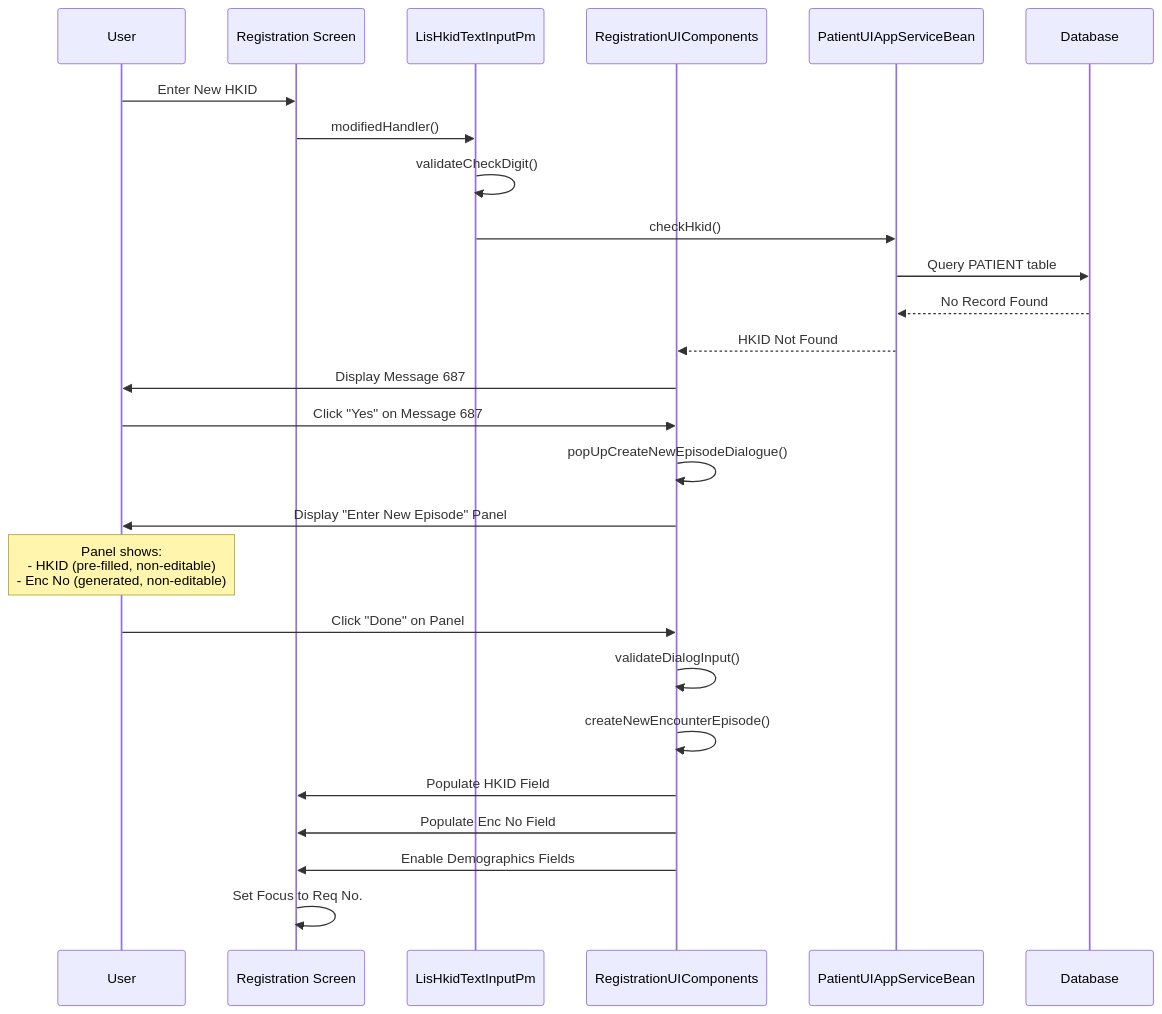
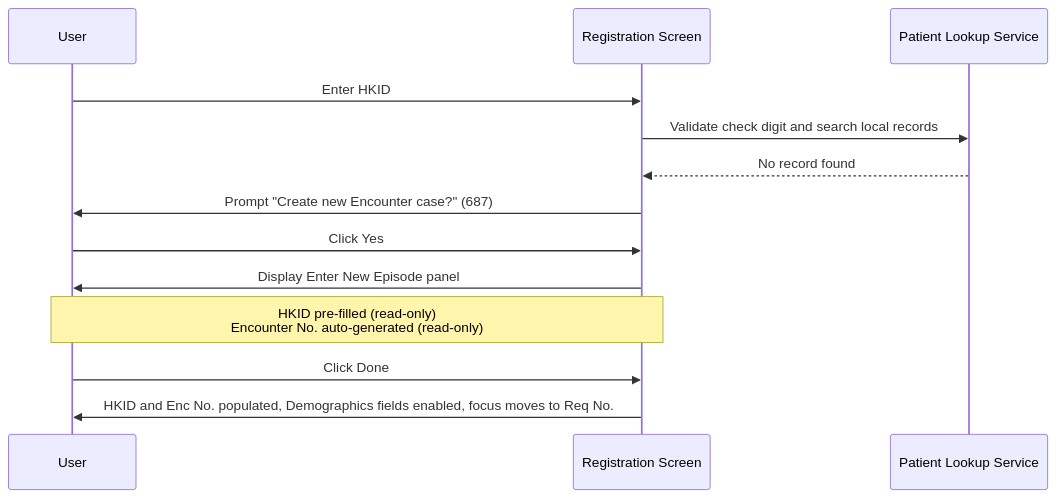
Before and after one commit to DragonChong/HA-Notes: the first of 4 diagrams in Knowledge Base/01_Screens/Registration/Workflows/Create New Patient by HKID.md, drawn with Mermaid. The commit also changed other lines of this file, not shown here.

````diff
--- a/Knowledge Base/01_Screens/Registration/Workflows/Create New Patient by HKID.md
+++ b/Knowledge Base/01_Screens/Registration/Workflows/Create New Patient by HKID.md
@@ -53,31 +51,12 @@
 ```mermaid
 sequenceDiagram
-    participant User
-    participant RegScreen as Registration Screen
-    participant HkidPm as LisHkidTextInputPm
-    participant RegUIComp as RegistrationUIComponents
-    participant Backend as PatientUIAppServiceBean
-    participant Database
-    
-    User->>RegScreen: Enter New HKID
-    RegScreen->>HkidPm: modifiedHandler()
-    HkidPm->>HkidPm: validateCheckDigit()
-    HkidPm->>Backend: checkHkid()
-    Backend->>Database: Query PATIENT table
-    Database-->>Backend: No Record Found
-    Backend-->>RegUIComp: HKID Not Found
-    RegUIComp->>User: Display Message 687
-    
-    User->>RegUIComp: Click "Yes" on Message 687
-    RegUIComp->>RegUIComp: popUpCreateNewEpisodeDialogue()
-    RegUIComp->>User: Display "Enter New Episode" Panel
-    Note over User: Panel shows:<br/>- HKID (pre-filled, non-editable)<br/>- Enc No (generated, non-editable)
-    
-    User->>RegUIComp: Click "Done" on Panel
-    RegUIComp->>RegUIComp: validateDialogInput()
-    RegUIComp->>RegUIComp: createNewEncounterEpisode()
-    RegUIComp->>RegScreen: Populate HKID Field
-    RegUIComp->>RegScreen: Populate Enc No Field
-    RegUIComp->>RegScreen: Enable Demographics Fields
-    RegScreen->>RegScreen: Set Focus to Req No.
+    User->>Registration Screen: Enter HKID
+    Registration Screen->>Patient Lookup Service: Validate check digit and search local records
+    Patient Lookup Service-->>Registration Screen: No record found
+    Registration Screen->>User: Prompt "Create new Encounter case?" (687)
+    User->>Registration Screen: Click Yes
+    Registration Screen->>User: Display Enter New Episode panel
+    Note over User,Registration Screen: HKID pre-filled (read-only)<br/>Encounter No. auto-generated (read-only)
+    User->>Registration Screen: Click Done
+    Registration Screen->>User: HKID and Enc No. populated, Demographics fields enabled, focus moves to Req No.
 ```
````
